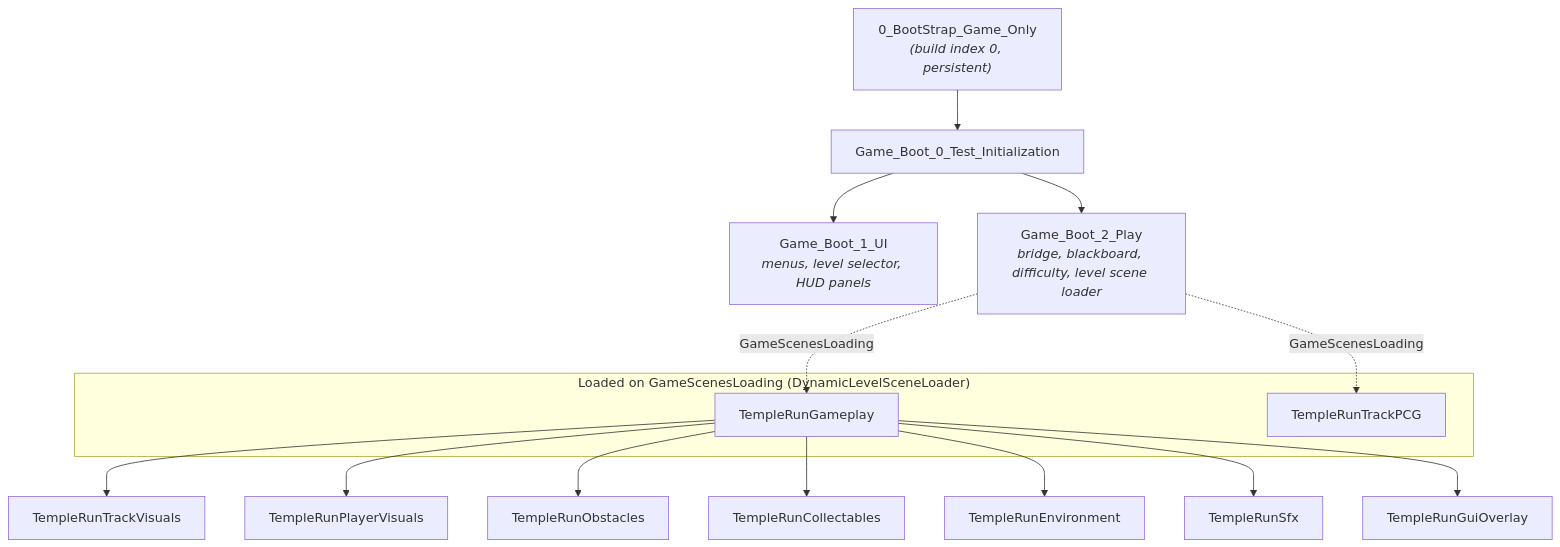
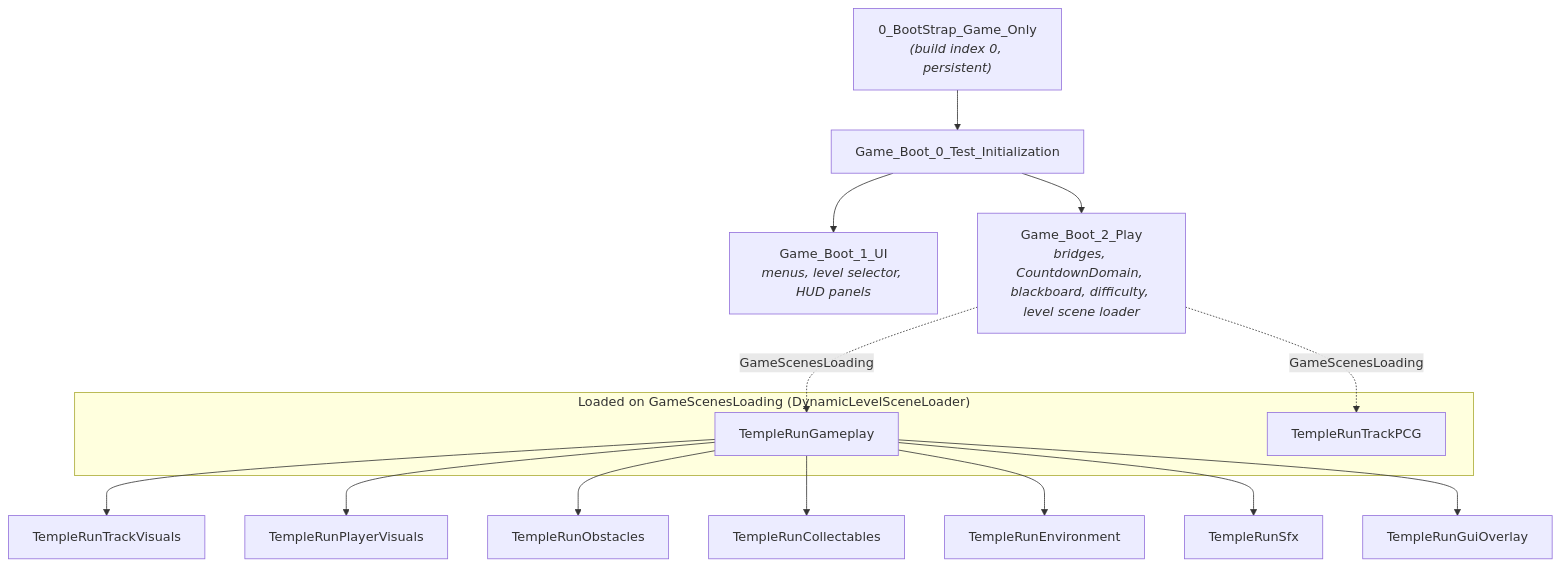
Before and after one commit to crawfis/EndlessRunnerTemplate: the third of 3 diagrams in docs/ARCHITECTURE.md, drawn with Mermaid. The commit also changed other lines of this file and 51 other files, not shown here.

First line of the commit message:
Extract the Countdown domain and split systems-up from player-go

````diff
--- a/docs/ARCHITECTURE.md
+++ b/docs/ARCHITECTURE.md
@@ -130,22 +155,22 @@
 ```mermaid
 flowchart TD
     B["0_BootStrap_Game_Only<br/><i>(build index 0, persistent)</i>"]
     B --> I["Game_Boot_0_Test_Initialization"]
     I --> UIs["Game_Boot_1_UI<br/><i>menus, level selector, HUD panels</i>"]
-    I --> P["Game_Boot_2_Play<br/><i>bridge, blackboard, difficulty, level scene loader</i>"]
+    I --> P["Game_Boot_2_Play<br/><i>bridges, CountdownDomain, blackboard, difficulty, level scene loader</i>"]
 
     subgraph Gameplay["Loaded on GameScenesLoading (DynamicLevelSceneLoader)"]
       GP["TempleRunGameplay"]
       PCG["TempleRunTrackPCG"]
     end
     P -. "GameScenesLoading" .-> GP
     P -. "GameScenesLoading" .-> PCG
 
     GP --> V1["TempleRunTrackVisuals"]
     GP --> V2["TempleRunPlayerVisuals"]
     GP --> V3["TempleRunObstacles"]
     GP --> V4["TempleRunCollectables"]
     GP --> V5["TempleRunEnvironment"]
     GP --> V6["TempleRunSfx"]
     GP --> V7["TempleRunGuiOverlay"]
 ```
````
